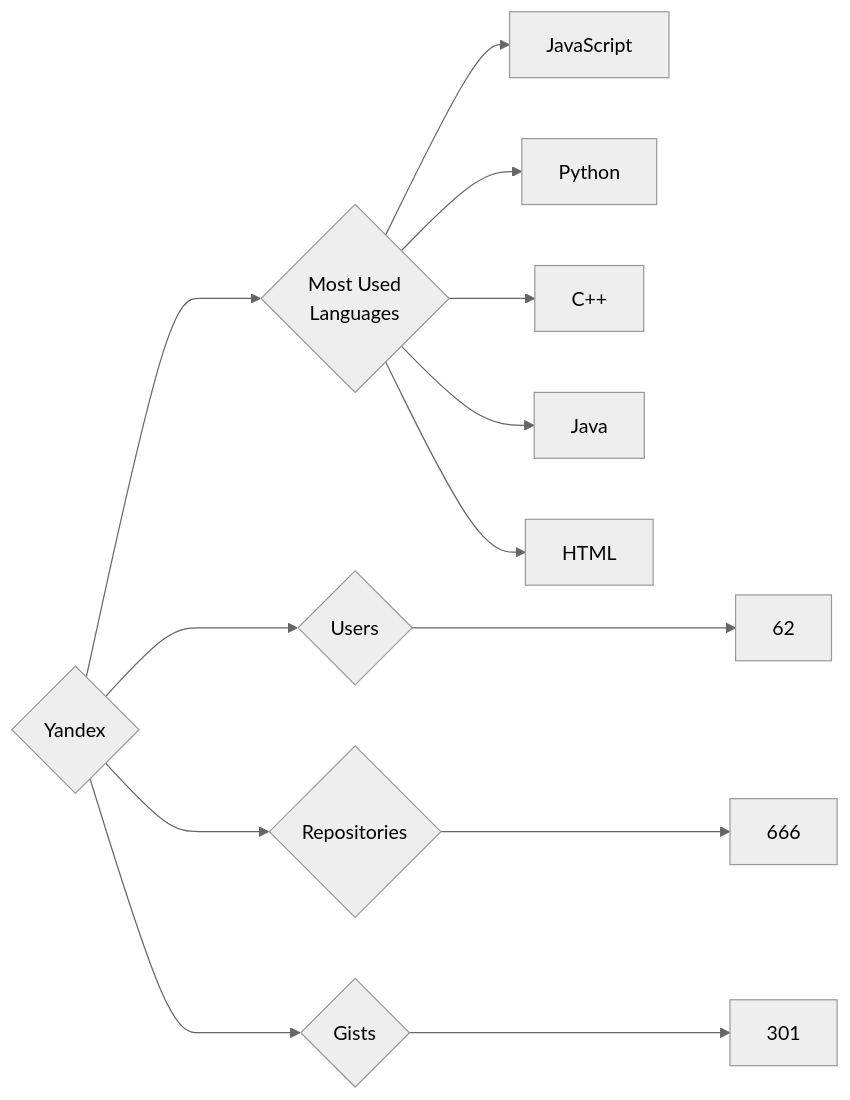
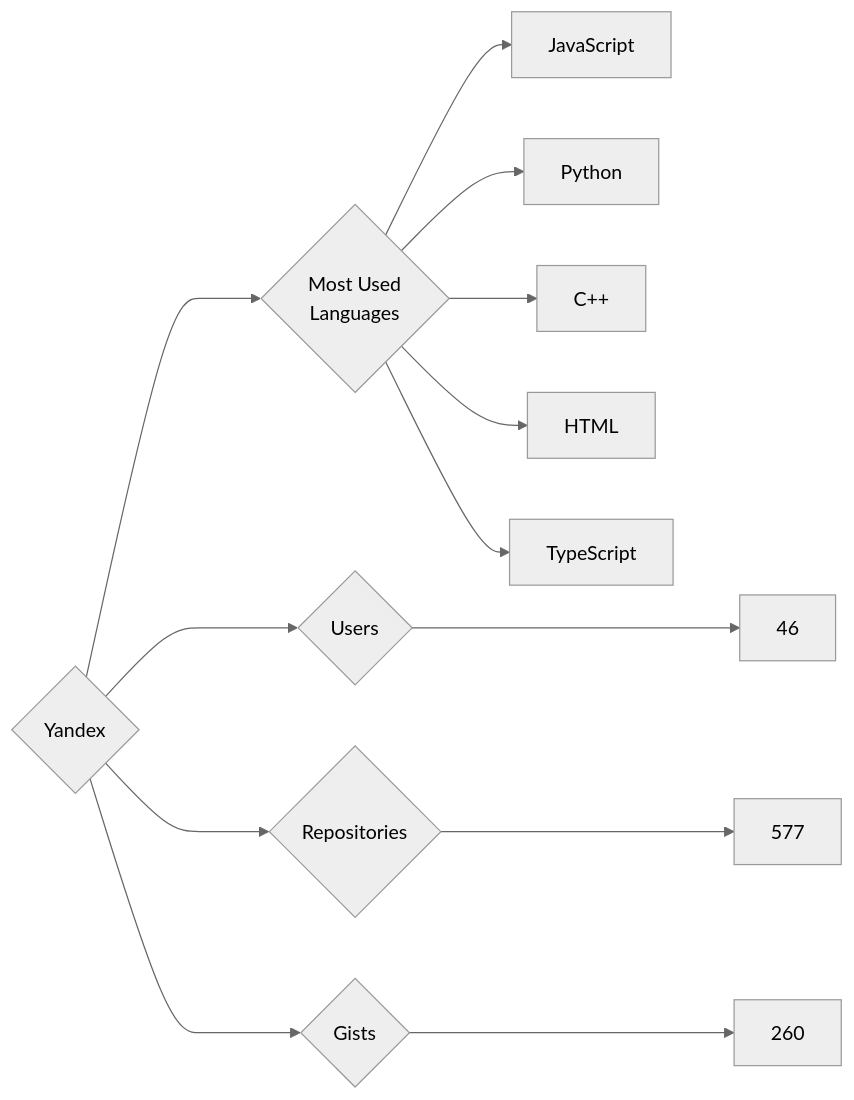
The diagram in targets/Yandex/README.md (trickest/insiders), drawn with Mermaid (neutral theme) before and after one commit. The commit also changed 814 other files, not shown here.

````diff
--- a/targets/Yandex/README.md
+++ b/targets/Yandex/README.md
@@ -3,13 +3,13 @@
 ```mermaid
 graph LR
 COMPANY_NAME{Yandex}
-COMPANY_NAME ---> U{Users} ---> UN[62]
-COMPANY_NAME ---> R{Repositories} ---> RN[666]
-COMPANY_NAME ---> G{Gists} ---> GN[301]
+COMPANY_NAME ---> U{Users} ---> UN[46]
+COMPANY_NAME ---> R{Repositories} ---> RN[577]
+COMPANY_NAME ---> G{Gists} ---> GN[260]
 COMPANY_NAME ---> ML{Most Used<br>Languages}
 ML --> JavaScript[JavaScript]
 ML --> Python[Python]
 ML --> C++[C++]
-ML --> Java[Java]
 ML --> HTML[HTML]
+ML --> TypeScript[TypeScript]
 ```
````
